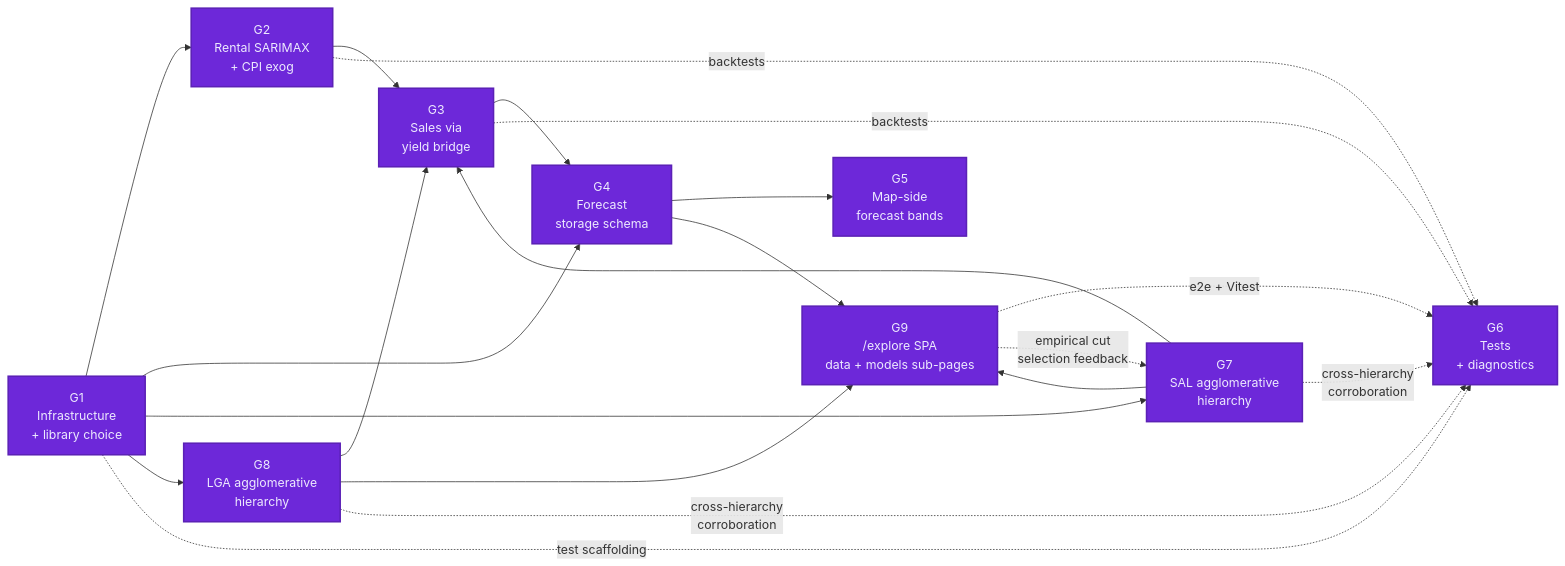
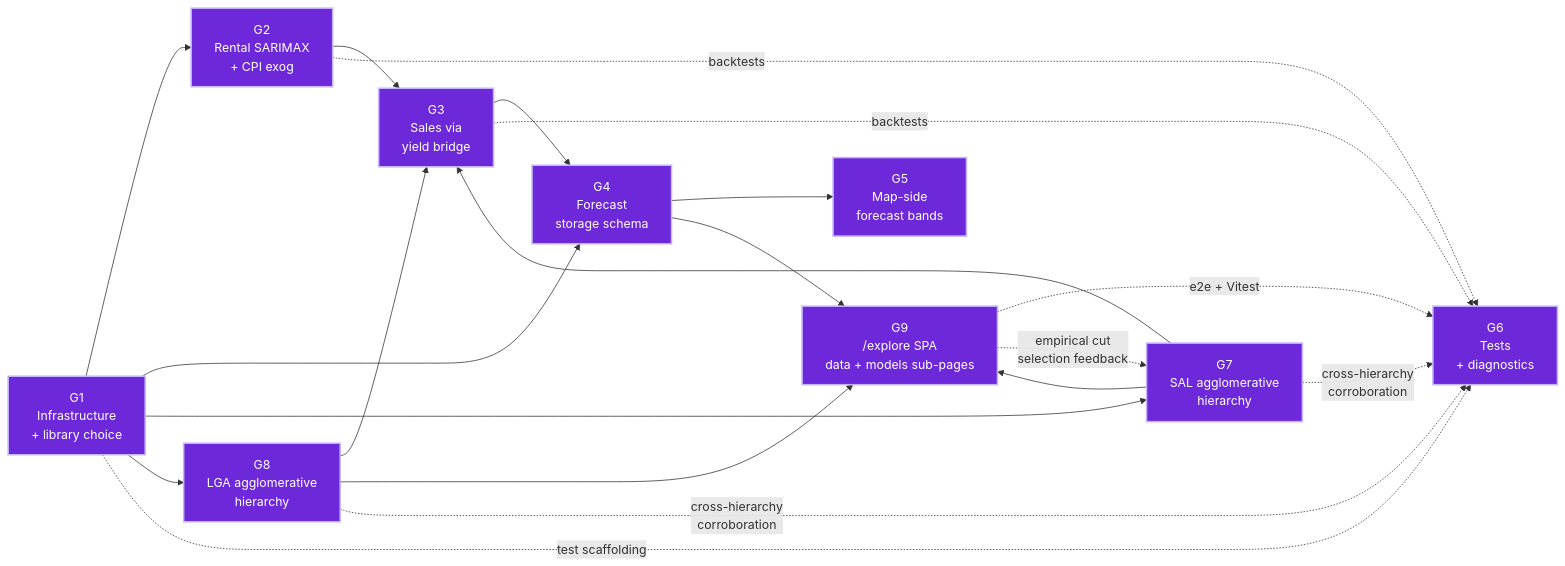
The first of 8 diagrams in docs/specs/forecasts.md (neozenith/hows-the-serenity), drawn with Mermaid before and after one commit. The commit also changed other lines of this file and 10259 other files, not shown here.

````diff
--- a/docs/specs/forecasts.md
+++ b/docs/specs/forecasts.md
@@ -41,24 +87,24 @@
 ```mermaid
 flowchart LR
     G1[G1<br/>Infrastructure<br/>+ library choice]:::ga --> G2[G2<br/>Rental SARIMAX<br/>+ CPI exog]:::ga
     G1 --> G4[G4<br/>Forecast<br/>storage schema]:::ga
     G1 --> G7[G7<br/>SAL agglomerative<br/>hierarchy]:::ga
     G1 --> G8[G8<br/>LGA agglomerative<br/>hierarchy]:::ga
     G2 --> G3[G3<br/>Sales via<br/>yield bridge]:::ga
     G7 --> G3
     G8 --> G3
     G3 --> G4
     G4 --> G5[G5<br/>Map-side<br/>forecast bands]:::ga
     G4 --> G9[G9<br/>/explore SPA<br/>data + models sub-pages]:::ga
     G7 --> G9
     G8 --> G9
     G2 -.->|backtests| G6[G6<br/>Tests<br/>+ diagnostics]:::ga
     G3 -.->|backtests| G6
     G7 -.->|cross-hierarchy<br/>corroboration| G6
     G8 -.->|cross-hierarchy<br/>corroboration| G6
     G1 -.->|test scaffolding| G6
     G9 -.->|e2e + Vitest| G6
     G9 -.->|empirical cut<br/>selection feedback| G7
 
-    classDef ga fill:#6d28d9,stroke:#5b21b6,color:#ede9fe,stroke-width:2px
+    classDef ga fill:#6d28d9,stroke:#c4b5fd,color:#fff,stroke-width:2px
 ```
````
